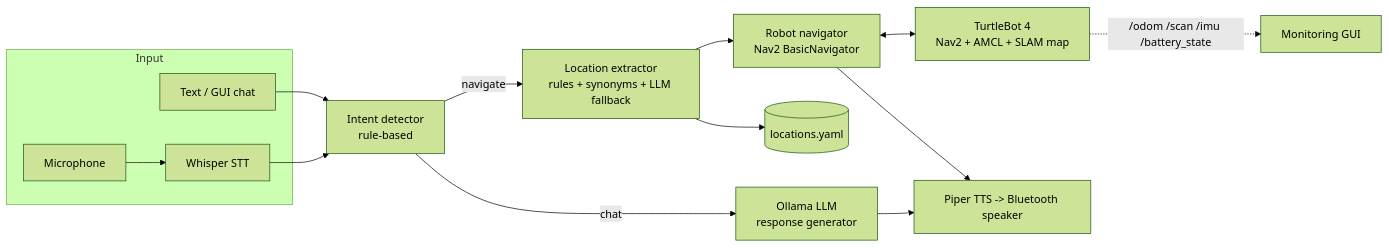
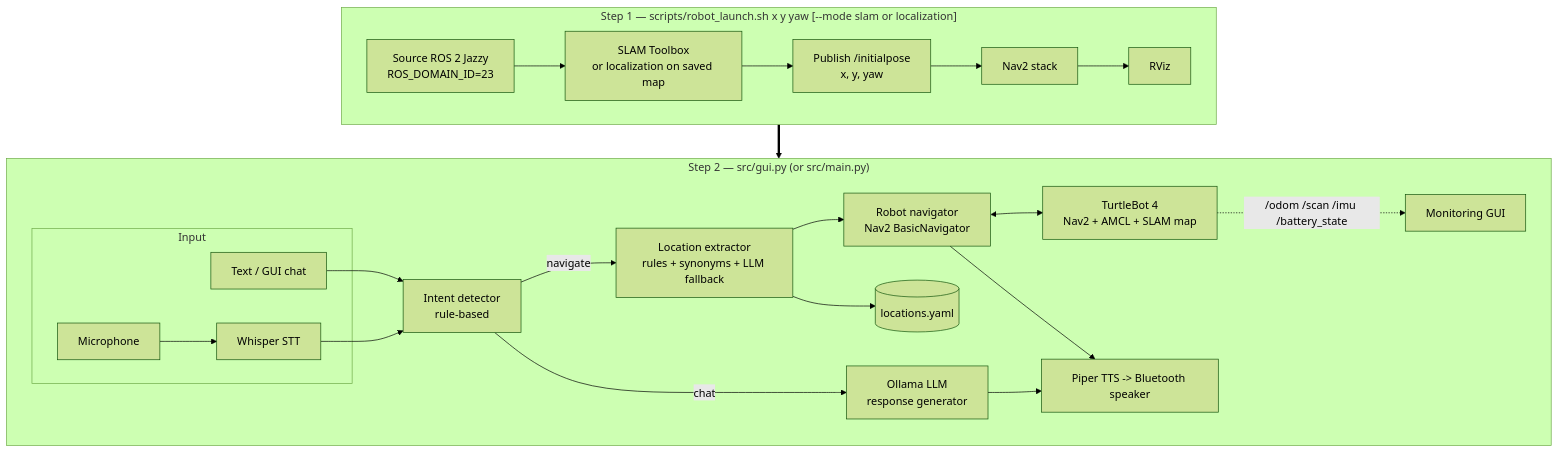
The diagram in README.md (Huzaifa-Rahim-Malik/LLM-Based-Navigation-Using-Turtlebot4), drawn with Mermaid (forest theme) before and after one commit. The commit also changed other lines of this file, not shown here.

````diff
--- a/README.md
+++ b/README.md
@@ -59,17 +39,30 @@
 ```mermaid
-flowchart LR
-    subgraph Input
-      MIC[Microphone] --> STT[Whisper STT]
-      TXT[Text / GUI chat]
+flowchart TB
+    subgraph S1["Step 1 — scripts/robot_launch.sh  x y yaw  [--mode slam or localization]"]
+      direction LR
+      L1["Source ROS 2 Jazzy<br/>ROS_DOMAIN_ID=23"] --> L2["SLAM Toolbox<br/>or localization on saved map"]
+      L2 --> L3["Publish /initialpose<br/>x, y, yaw"]
+      L3 --> L4["Nav2 stack"]
+      L4 --> L5["RViz"]
     end
-    STT --> INT[Intent detector<br/>rule-based]
-    TXT --> INT
-    INT -- chat --> LLM[Ollama LLM<br/>response generator]
-    INT -- navigate --> LOC[Location extractor<br/>rules + synonyms + LLM fallback]
-    LOC --> LM[(locations.yaml)]
-    LOC --> NAV[Robot navigator<br/>Nav2 BasicNavigator]
-    NAV <--> ROBOT[TurtleBot 4<br/>Nav2 + AMCL + SLAM map]
-    LLM --> TTS[Piper TTS -> Bluetooth speaker]
-    NAV --> TTS
-    ROBOT -. /odom /scan /imu /battery_state .-> GUI[Monitoring GUI]
+
+    subgraph S2["Step 2 — src/gui.py  (or src/main.py)"]
+      direction LR
+      subgraph Input
+        MIC[Microphone] --> STT[Whisper STT]
+        TXT[Text / GUI chat]
+      end
+      STT --> INT["Intent detector<br/>rule-based"]
+      TXT --> INT
+      INT -- chat --> LLM["Ollama LLM<br/>response generator"]
+      INT -- navigate --> LOC["Location extractor<br/>rules + synonyms + LLM fallback"]
+      LOC --> LM[("locations.yaml")]
+      LOC --> NAV["Robot navigator<br/>Nav2 BasicNavigator"]
+      NAV <--> ROBOT["TurtleBot 4<br/>Nav2 + AMCL + SLAM map"]
+      LLM --> TTS["Piper TTS -> Bluetooth speaker"]
+      NAV --> TTS
+      ROBOT -. "/odom /scan /imu /battery_state" .-> GUI["Monitoring GUI"]
+    end
+
+    S1 ==> S2
 ```
````
